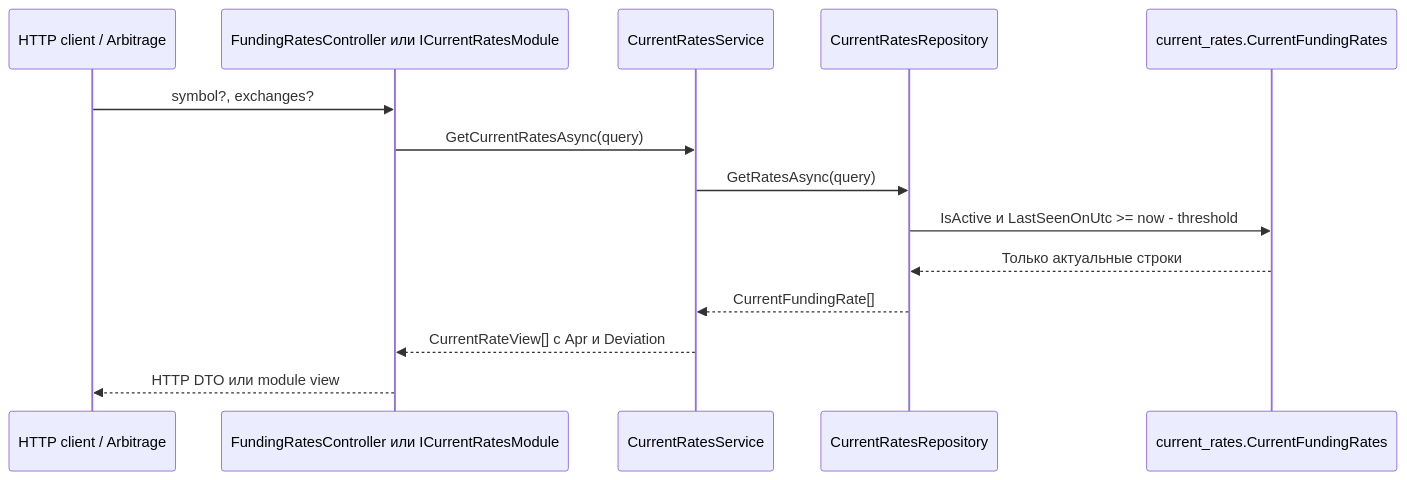
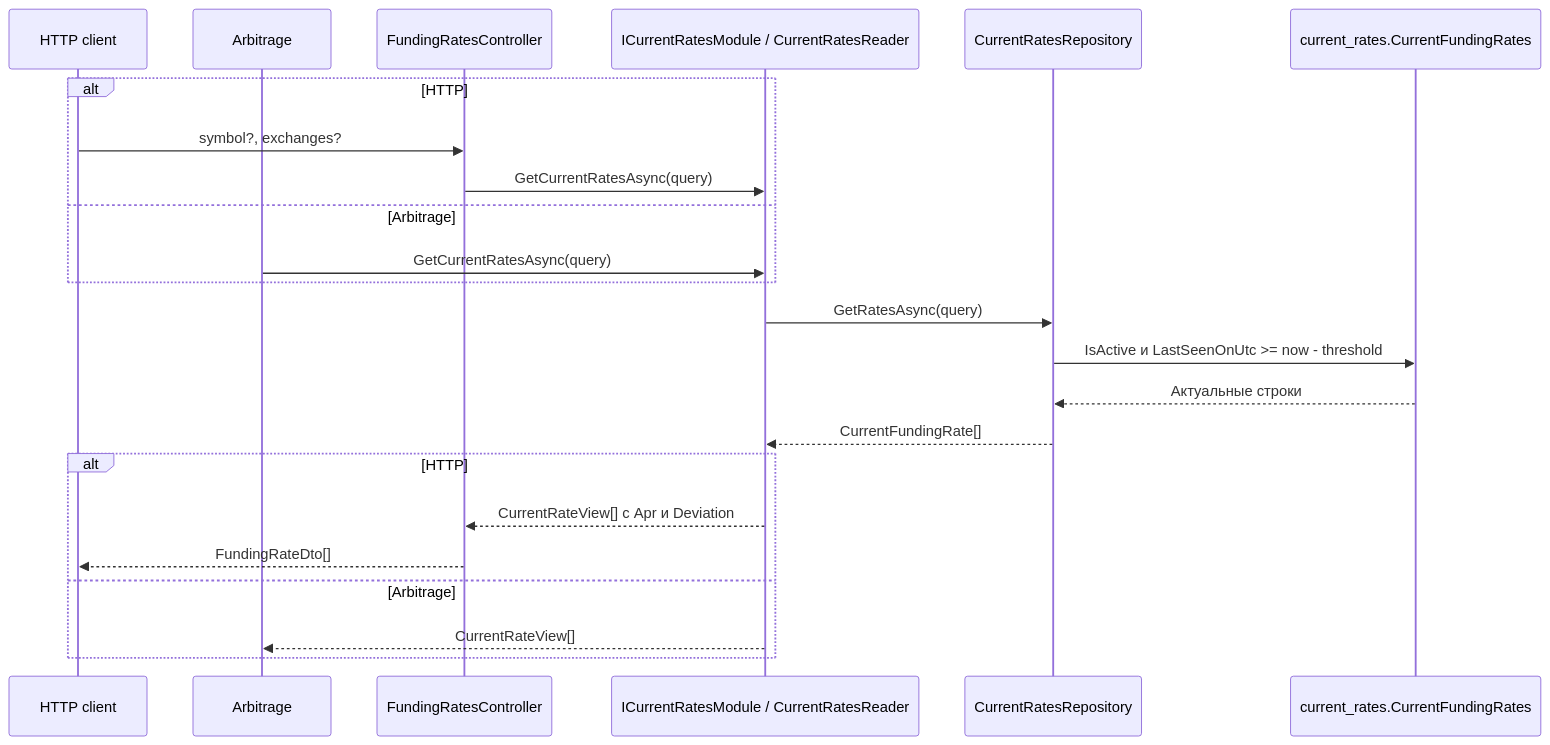
One commit to Grigory50012/FundingMonitor changed the third of 4 diagrams in docs/architecture/modules/current-rates.md. Above: the diagram before and after it, drawn with Mermaid. The commit also changed other lines of this file and 98 other files, not shown here.

Commit message:
refactor: organize current rates into vertical slices

````diff
--- a/docs/architecture/modules/current-rates.md
+++ b/docs/architecture/modules/current-rates.md
@@ -68,16 +69,25 @@
 ```mermaid
 sequenceDiagram
-    participant User as HTTP client / Arbitrage
-    participant P as FundingRatesController или ICurrentRatesModule
-    participant S as CurrentRatesService
+    participant User as HTTP client
+    participant AR as Arbitrage
+    participant P as FundingRatesController
+    participant S as ICurrentRatesModule / CurrentRatesReader
     participant R as CurrentRatesRepository
     participant DB as current_rates.CurrentFundingRates
-    User->>P: symbol?, exchanges?
-    P->>S: GetCurrentRatesAsync(query)
+    alt HTTP
+        User->>P: symbol?, exchanges?
+        P->>S: GetCurrentRatesAsync(query)
+    else Arbitrage
+        AR->>S: GetCurrentRatesAsync(query)
+    end
     S->>R: GetRatesAsync(query)
     R->>DB: IsActive и LastSeenOnUtc >= now - threshold
-    DB-->>R: Только актуальные строки
+    DB-->>R: Актуальные строки
     R-->>S: CurrentFundingRate[]
-    S-->>P: CurrentRateView[] с Apr и Deviation
-    P-->>User: HTTP DTO или module view
+    alt HTTP
+        S-->>P: CurrentRateView[] с Apr и Deviation
+        P-->>User: FundingRateDto[]
+    else Arbitrage
+        S-->>AR: CurrentRateView[]
+    end
 ```
````
